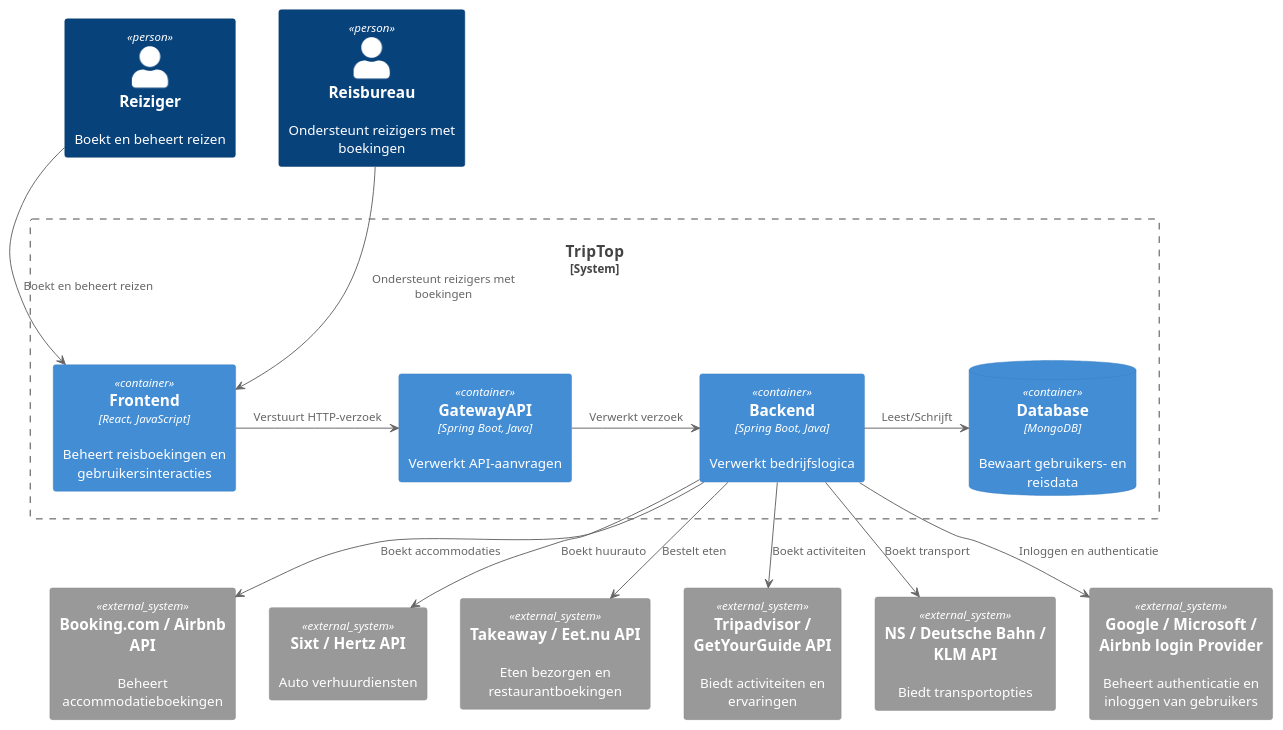
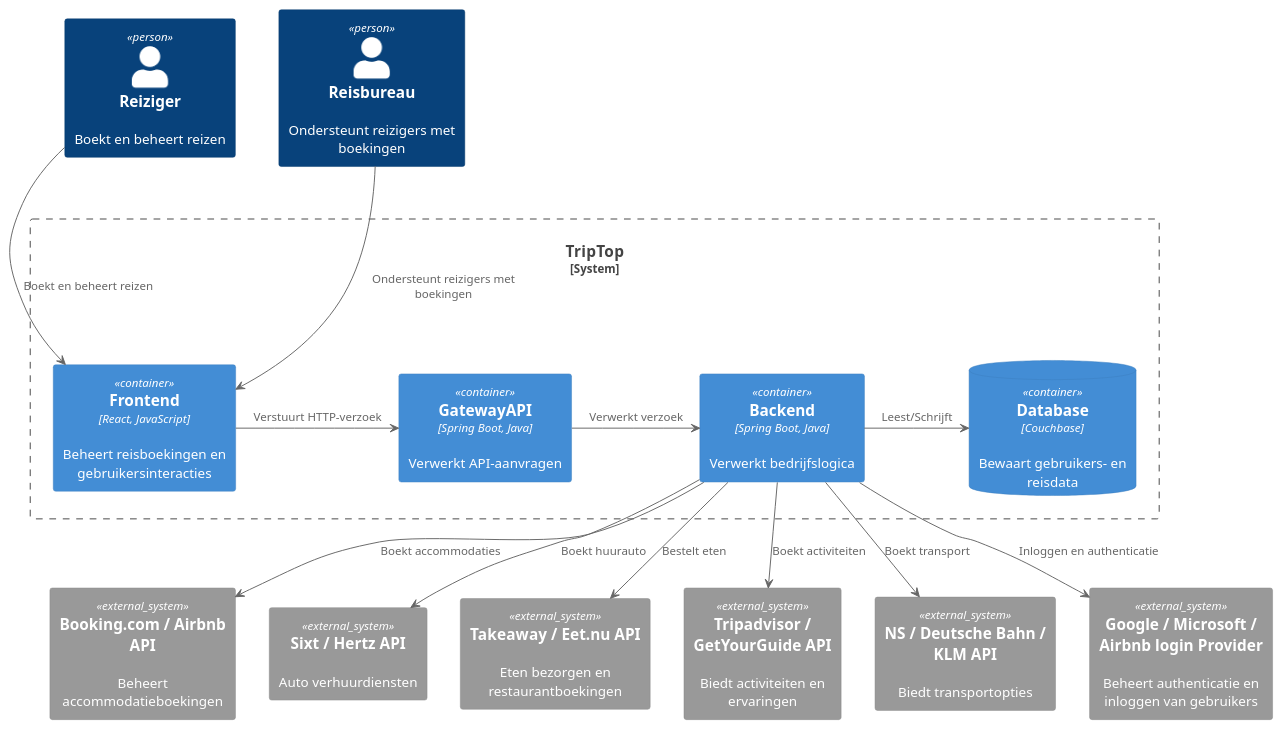
The diagram in opdracht-diagrammen/C4 Container/Static/ContainerDiagram - Jordy.puml (AIM-ENE-feb25/triptop-groep-3), drawn with PlantUML before and after one commit.

Commit message:
Updated: Container diagram, database

```diff
--- a/opdracht-diagrammen/C4 Container/Static/ContainerDiagram - Jordy.puml
+++ b/opdracht-diagrammen/C4 Container/Static/ContainerDiagram - Jordy.puml
@@ -1,49 +1,49 @@
 @startuml C4_Elements
 !include https://raw.githubusercontent.com/plantuml-stdlib/C4-PlantUML/master/C4_Container.puml
 ' Definieer Gebruikers
 Person(Traveler, "Reiziger", "Boekt en beheert reizen")
 Person(TravelAgent, "Reisbureau", "Ondersteunt reizigers met boekingen")
 
 ' Definieer Systeem
 System_Boundary(TripTop, "TripTop", $link="https://github.com/plantuml-stdlib/C4-PlantUML") {
 
 ' Definieer Containers
 Container(Frontend, "Frontend", "React, JavaScript", "Beheert reisboekingen en gebruikersinteracties")
 Container(GatewayAPI, "GatewayAPI", "Spring Boot, Java", "Verwerkt API-aanvragen")
 Container(Backend, "Backend", "Spring Boot, Java", "Verwerkt bedrijfslogica")
-ContainerDb(Database, "Database", "MongoDB", "Bewaart gebruikers- en reisdata")
+ContainerDb(Database, "Database", "Couchbase", "Bewaart gebruikers- en reisdata")
 }
 
 ' Definieer Externe Systemen
 System_Ext(Booking, "Booking.com / Airbnb API", "Beheert accommodatieboekingen")
 System_Ext(Transport, "NS / Deutsche Bahn / KLM API", "Biedt transportopties")
 System_Ext(CarRent, "Sixt / Hertz API", "Auto verhuurdiensten")
 System_Ext(Activities, "Tripadvisor / GetYourGuide API", "Biedt activiteiten en ervaringen")
 System_Ext(Food, "Takeaway / Eet.nu API", "Eten bezorgen en restaurantboekingen")
 System_Ext(IdProvider, "Google / Microsoft / Airbnb login Provider", "Beheert authenticatie en inloggen van gebruikers")
 
 ' Relaties
 Traveler -> Frontend : "Boekt en beheert reizen"
 TravelAgent -> Frontend : "Ondersteunt reizigers met boekingen"
 Frontend -> GatewayAPI : "Verstuurt HTTP-verzoek"
 GatewayAPI -> Backend : "Verwerkt verzoek"
 Backend -> Booking : "Boekt accommodaties"
 Backend -> Transport : "Boekt transport"
 Backend -> CarRent : "Boekt huurauto"
 Backend -> Activities : "Boekt activiteiten"
 Backend -> Food : "Bestelt eten"
 Backend -> Database : "Leest/Schrijft"
 Backend -> IdProvider : "Inloggen en authenticatie"
 
 ' Positionering
 Traveler -[hidden]-> TripTop
 TravelAgent -[hidden]-> TripTop
 TripTop -[hidden]-> GatewayAPI
 GatewayAPI -[hidden]-> Booking
 GatewayAPI -[hidden]-> Transport
 GatewayAPI -[hidden]-> CarRent
 GatewayAPI -[hidden]-> Activities
 GatewayAPI -[hidden]-> Food
 GatewayAPI -[hidden]-> IdProvider
 
 @enduml
```
